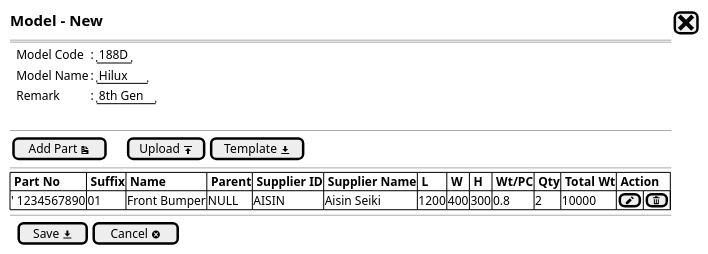
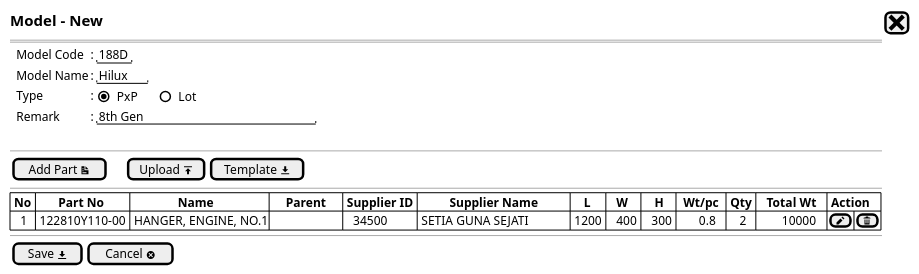
Before and after one commit to ari-fikri/packing-cost-mockup: the diagram in Model/model - newstep1b.puml, drawn with PlantUML. The commit also changed 5 other files, not shown here.

Commit message:
- Add Type (Lot/PxP) field - Padding table fields for better and consisten view

```diff
--- a/Model/model - newstep1b.puml
+++ b/Model/model - newstep1b.puml
@@ -1,27 +1,28 @@
 @startsalt
 {
   <size:15><b>Model - New |[<size:25><&x>]|*
   ==
   
   {   
     .|Model Code |: |"188D" |*
     .|Model Name |: |"Hilux " |*
-    .|Remark     |: |"8th Gen"|*
+    .|Type       |: { (X)PxP      |   ()Lot  }*        
+    .|Remark     |: |"8th Gen                    "|*
   }
   .
 --
   {
     [Add Part <&document>]|.|.|.|[Upload <&data-transfer-upload>]| [Template <&data-transfer-download>]|
   }
   --
   {#
-    |<b> Part No |<b> Suffix |<b> Name |<b> Parent |<b> Supplier ID |<b> Supplier Name |<b> L |<b> W |<b> H |<b> Wt/PC |<b> Qty |<b> Total Wt |<b> Action |*|*|*|*|*|*|*
-    |' 1234567890 | 01 | Front Bumper | NULL | AISIN | Aisin Seiki | 1200 | 400 | 300 | 0.8 | 2 | 10000 |[<&pencil>]|[<&trash>]|*
+    | <b>No |       <b>Part No       |               <b>Name               |     <b>Parent     | <b>Supplier ID |          <b>Supplier Name          |    <b>L  |   <b>W   |    <b>H   |  <b>Wt/pc  | <b>Qty |<b>   Total Wt   |<b> Action |*|*
+    |   1   | 122810Y110-00          | HANGER, ENGINE, NO.1      |.                  |    34500       | SETIA GUNA SEJATI                  |  1200    |   400    |   300     |       0.8  |     2  |         10000   |[<&pencil>]|[<&trash>]|*
   }
   --
   {
-  .|[ Save <&data-transfer-download>] |  [Cancel <&circle-x> ]|*
+  [ Save <&data-transfer-download>] |  [Cancel <&circle-x> ]|*
   }
 }
 
   @endsalt
```
